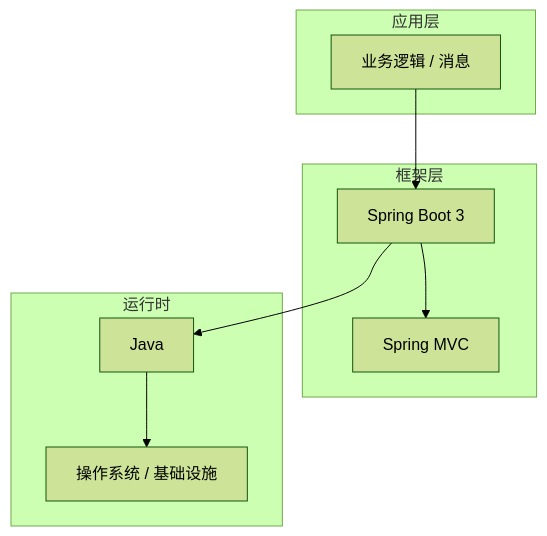
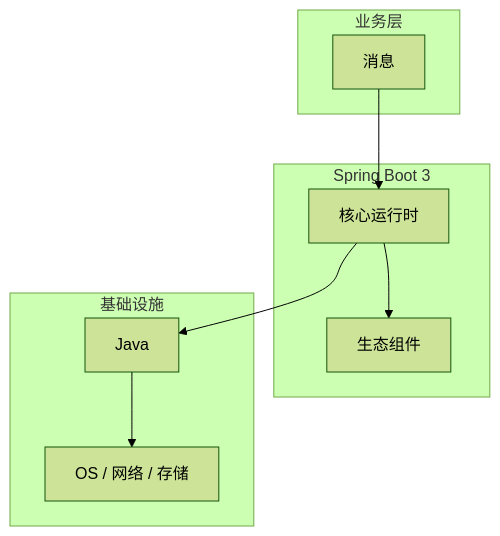
One commit to yanggan2015/knowledge-json-v2 changed the diagram in articles/Spring Boot/chapters/051-消息核心概念与原理.md. Above: the diagram before and after it, drawn with Mermaid (forest theme). The commit also changed other lines of this file and 10127 other files, not shown here.

````diff
--- a/articles/Spring Boot/chapters/051-消息核心概念与原理.md
+++ b/articles/Spring Boot/chapters/051-消息核心概念与原理.md
@@ -45,18 +34,18 @@
 ```mermaid
 graph TB
-    subgraph 应用层
-        A[业务逻辑 / 消息]
+    subgraph 业务层
+        A[消息]
     end
-    subgraph 框架层
-        B[Spring Boot 3]
-        C[Spring MVC]
+    subgraph Spring Boot 3
+        B[核心运行时]
+        C[生态组件]
     end
-    subgraph 运行时
+    subgraph 基础设施
         D[Java]
-        E[操作系统 / 基础设施]
+        E[OS / 网络 / 存储]
     end
     A --> B
     B --> C
     B --> D
     D --> E
 ```
````
